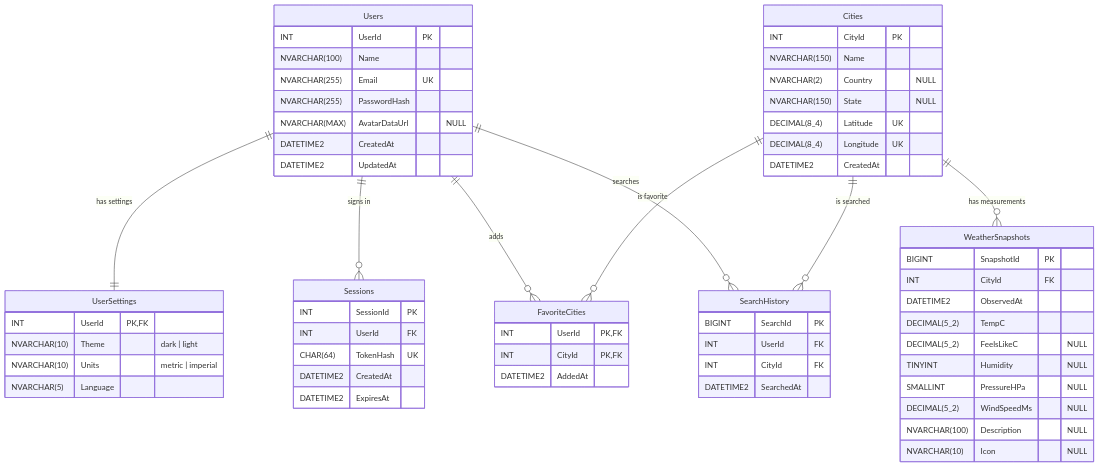
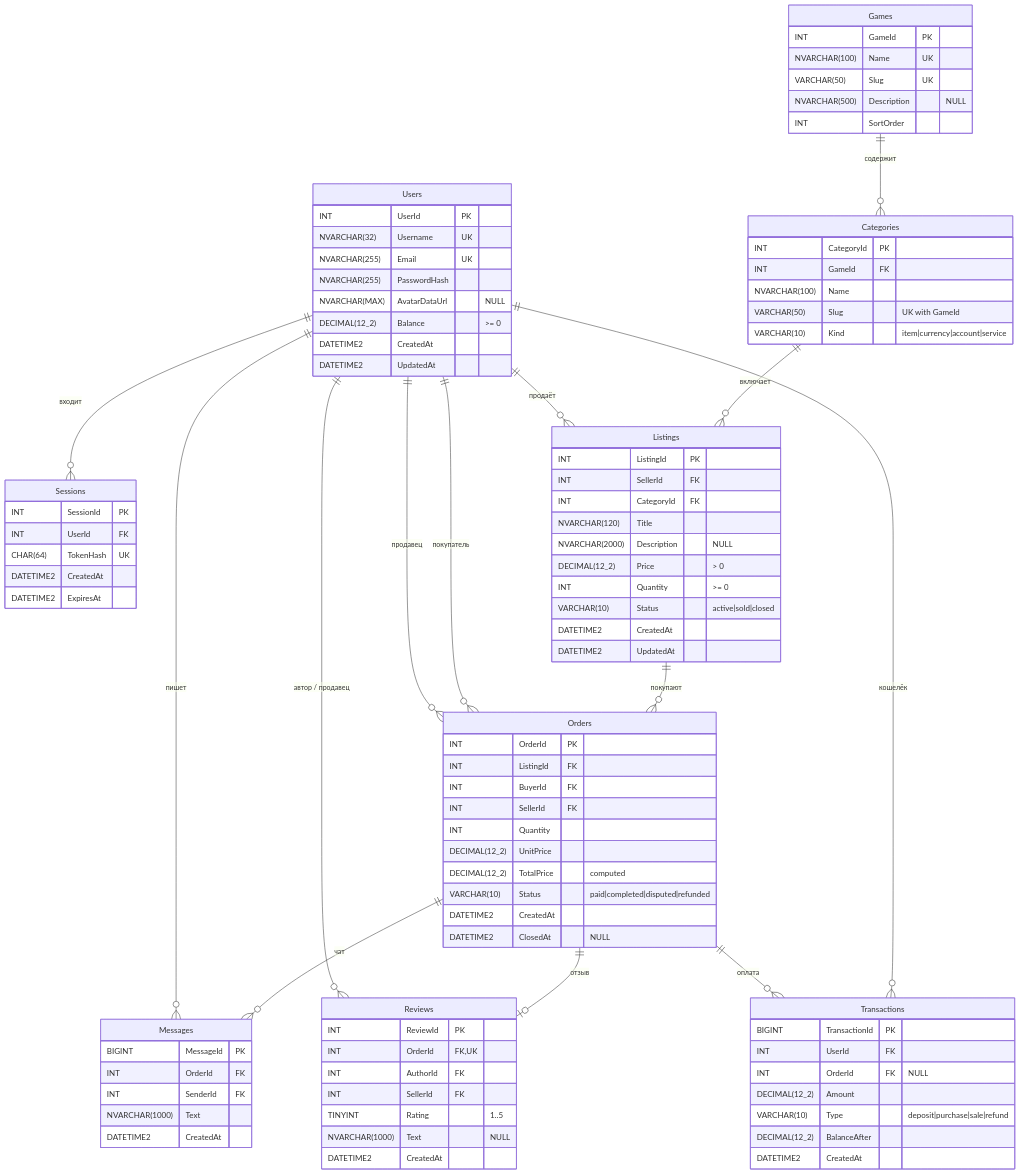
One commit to Cusokgovna/Weather-Website changed the diagram in docs/database/er-diagram.mmd. Above: the diagram before and after it, drawn with Mermaid. The commit also changed 20 other files, not shown here.

```diff
--- a/docs/database/er-diagram.mmd
+++ b/docs/database/er-diagram.mmd
@@ -1,63 +1,95 @@
 erDiagram
-    Users ||--|| UserSettings : "has settings"
-    Users ||--o{ Sessions : "signs in"
-    Users ||--o{ FavoriteCities : "adds"
-    Cities ||--o{ FavoriteCities : "is favorite"
-    Users ||--o{ SearchHistory : "searches"
-    Cities ||--o{ SearchHistory : "is searched"
-    Cities ||--o{ WeatherSnapshots : "has measurements"
+    Users ||--o{ Sessions : "входит"
+    Games ||--o{ Categories : "содержит"
+    Categories ||--o{ Listings : "включает"
+    Users ||--o{ Listings : "продаёт"
+    Listings ||--o{ Orders : "покупают"
+    Users ||--o{ Orders : "покупатель"
+    Users ||--o{ Orders : "продавец"
+    Orders ||--o{ Messages : "чат"
+    Users ||--o{ Messages : "пишет"
+    Orders ||--o| Reviews : "отзыв"
+    Users ||--o{ Reviews : "автор / продавец"
+    Users ||--o{ Transactions : "кошелёк"
+    Orders ||--o{ Transactions : "оплата"
 
     Users {
         INT UserId PK
-        NVARCHAR(100) Name
+        NVARCHAR(32) Username UK
         NVARCHAR(255) Email UK
         NVARCHAR(255) PasswordHash
         NVARCHAR(MAX) AvatarDataUrl "NULL"
+        DECIMAL(12_2) Balance ">= 0"
         DATETIME2 CreatedAt
         DATETIME2 UpdatedAt
-    }
-    UserSettings {
-        INT UserId PK,FK
-        NVARCHAR(10) Theme "dark | light"
-        NVARCHAR(10) Units "metric | imperial"
-        NVARCHAR(5) Language
     }
     Sessions {
         INT SessionId PK
         INT UserId FK
         CHAR(64) TokenHash UK
         DATETIME2 CreatedAt
         DATETIME2 ExpiresAt
     }
-    Cities {
-        INT CityId PK
-        NVARCHAR(150) Name
-        NVARCHAR(2) Country "NULL"
-        NVARCHAR(150) State "NULL"
-        DECIMAL(8_4) Latitude UK
-        DECIMAL(8_4) Longitude UK
+    Games {
+        INT GameId PK
+        NVARCHAR(100) Name UK
+        VARCHAR(50) Slug UK
+        NVARCHAR(500) Description "NULL"
+        INT SortOrder
+    }
+    Categories {
+        INT CategoryId PK
+        INT GameId FK
+        NVARCHAR(100) Name
+        VARCHAR(50) Slug "UK with GameId"
+        VARCHAR(10) Kind "item|currency|account|service"
+    }
+    Listings {
+        INT ListingId PK
+        INT SellerId FK
+        INT CategoryId FK
+        NVARCHAR(120) Title
+        NVARCHAR(2000) Description "NULL"
+        DECIMAL(12_2) Price "> 0"
+        INT Quantity ">= 0"
+        VARCHAR(10) Status "active|sold|closed"
+        DATETIME2 CreatedAt
+        DATETIME2 UpdatedAt
+    }
+    Orders {
+        INT OrderId PK
+        INT ListingId FK
+        INT BuyerId FK
+        INT SellerId FK
+        INT Quantity
+        DECIMAL(12_2) UnitPrice
+        DECIMAL(12_2) TotalPrice "computed"
+        VARCHAR(10) Status "paid|completed|disputed|refunded"
+        DATETIME2 CreatedAt
+        DATETIME2 ClosedAt "NULL"
+    }
+    Transactions {
+        BIGINT TransactionId PK
+        INT UserId FK
+        INT OrderId FK "NULL"
+        DECIMAL(12_2) Amount
+        VARCHAR(10) Type "deposit|purchase|sale|refund"
+        DECIMAL(12_2) BalanceAfter
         DATETIME2 CreatedAt
     }
-    FavoriteCities {
-        INT UserId PK,FK
-        INT CityId PK,FK
-        DATETIME2 AddedAt
+    Reviews {
+        INT ReviewId PK
+        INT OrderId FK,UK
+        INT AuthorId FK
+        INT SellerId FK
+        TINYINT Rating "1..5"
+        NVARCHAR(1000) Text "NULL"
+        DATETIME2 CreatedAt
     }
-    SearchHistory {
-        BIGINT SearchId PK
-        INT UserId FK
-        INT CityId FK
-        DATETIME2 SearchedAt
+    Messages {
+        BIGINT MessageId PK
+        INT OrderId FK
+        INT SenderId FK
+        NVARCHAR(1000) Text
+        DATETIME2 CreatedAt
     }
-    WeatherSnapshots {
-        BIGINT SnapshotId PK
-        INT CityId FK
-        DATETIME2 ObservedAt
-        DECIMAL(5_2) TempC
-        DECIMAL(5_2) FeelsLikeC "NULL"
-        TINYINT Humidity "NULL"
-        SMALLINT PressureHPa "NULL"
-        DECIMAL(5_2) WindSpeedMs "NULL"
-        NVARCHAR(100) Description "NULL"
-        NVARCHAR(10) Icon "NULL"
-    }
```
